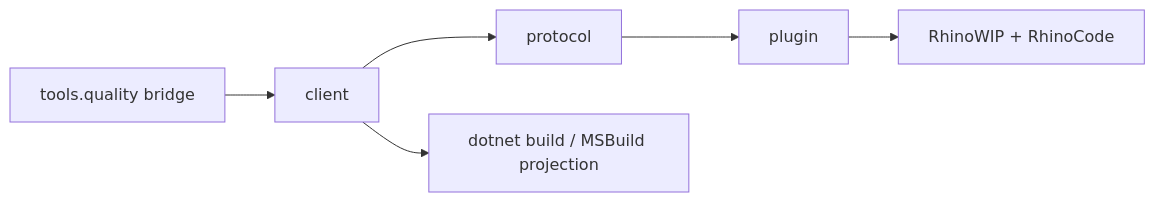
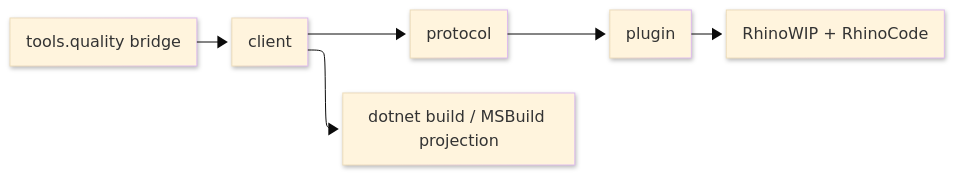
One commit to bsamiee/Rasm changed the diagram in tools/rhino-bridge/README.md. Above: the diagram before and after it, drawn with Mermaid. The commit also changed other lines of this file and 153 other files, not shown here.

````diff
--- a/tools/rhino-bridge/README.md
+++ b/tools/rhino-bridge/README.md
@@ -30,8 +30,20 @@
 ```mermaid
-graph LR
+---
+config:
+  layout: elk
+  look: neo
+  theme: base
+  elk:
+    mergeEdges: false
+    nodePlacementStrategy: BRANDES_KOEPF
+    cycleBreakingStrategy: GREEDY_MODEL_ORDER
+---
+flowchart LR
+    accTitle: Rhino bridge command architecture
+    accDescr: The tools.quality bridge operator routes commands through the client, protocol, plugin, and RhinoWIP with RhinoCode; the client also owns dotnet build and MSBuild projection.
     Operator["tools.quality bridge"] --> Client["client"]
     Client --> Protocol["protocol"]
     Protocol --> Plugin["plugin"]
     Plugin --> Rhino["RhinoWIP + RhinoCode"]
     Client --> DotNet["dotnet build / MSBuild projection"]
 ```
````
